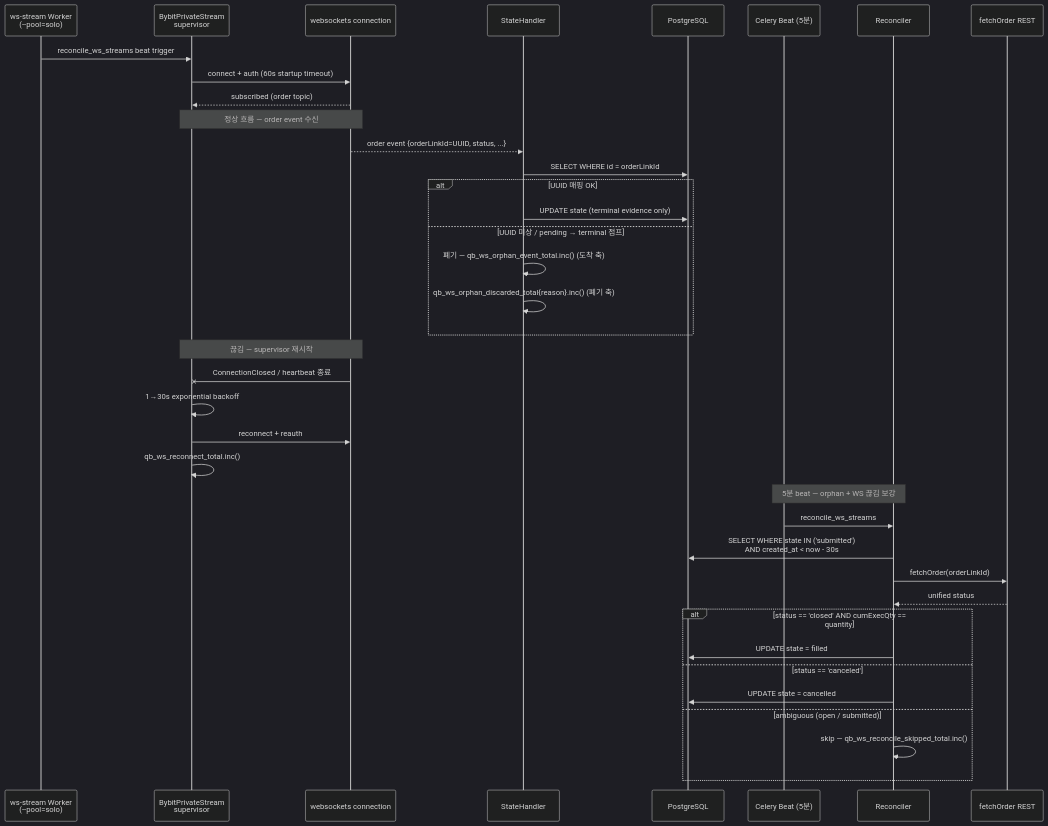
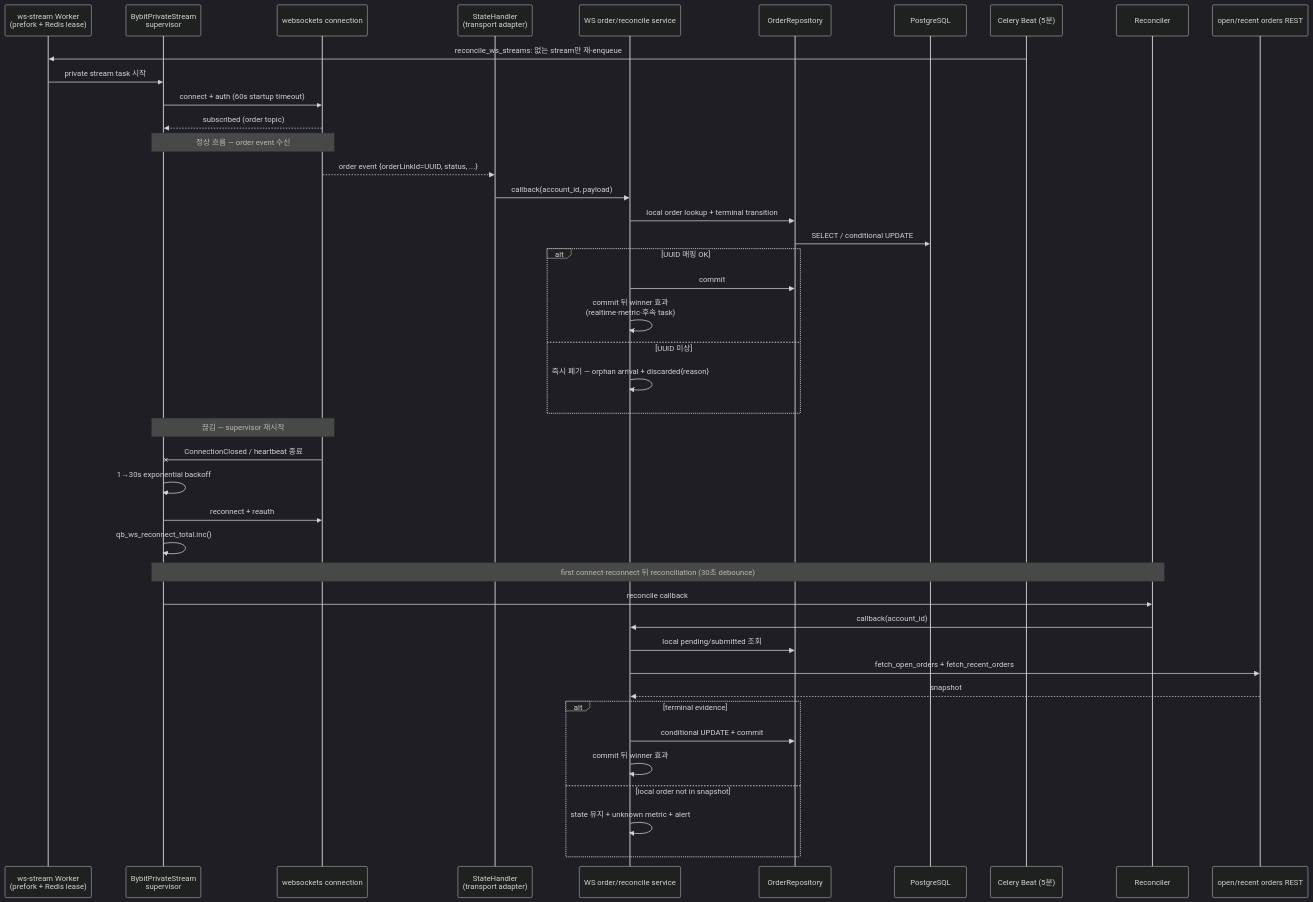
Before and after one commit to woosung-dev/quantbridge: the seventh of 8 diagrams in docs/architecture/data-flow.md, drawn with Mermaid (dark theme). The commit also changed other lines of this file and 167 other files, not shown here.

````diff
--- a/docs/architecture/data-flow.md
+++ b/docs/architecture/data-flow.md
@@ -279,44 +279,49 @@
 ```mermaid
 sequenceDiagram
-    participant W as ws-stream Worker<br/>(--pool=solo)
+    participant W as ws-stream Worker<br/>(prefork + Redis lease)
     participant Sup as BybitPrivateStream<br/>supervisor
     participant Stream as websockets connection
-    participant SH as StateHandler
+    participant SH as StateHandler<br/>(transport adapter)
+    participant SVC as WS order/reconcile service
+    participant Repo as OrderRepository
     participant DB as PostgreSQL
     participant Beat as Celery Beat (5분)
     participant Rec as Reconciler
-    participant CCXT as fetchOrder REST
+    participant CCXT as open/recent orders REST
 
-    W->>Sup: reconcile_ws_streams beat trigger
+    Beat->>W: reconcile_ws_streams: 없는 stream만 재-enqueue
+    W->>Sup: private stream task 시작
     Sup->>Stream: connect + auth (60s startup timeout)
     Stream-->>Sup: subscribed (order topic)
 
     Note over Sup,Stream: 정상 흐름 — order event 수신
     Stream-->>SH: order event {orderLinkId=UUID, status, ...}
-    SH->>DB: SELECT WHERE id = orderLinkId
+    SH->>SVC: callback(account_id, payload)
+    SVC->>Repo: local order lookup + terminal transition
+    Repo->>DB: SELECT / conditional UPDATE
     alt UUID 매핑 OK
-        SH->>DB: UPDATE state (terminal evidence only)
-    else UUID 미상 / pending → terminal 점프
-        SH->>SH: 폐기 — qb_ws_orphan_event_total.inc() (도착 축)
-        SH->>SH: qb_ws_orphan_discarded_total{reason}.inc() (폐기 축)
+        SVC->>Repo: commit
+        SVC->>SVC: commit 뒤 winner 효과<br/>(realtime·metric·후속 task)
+    else UUID 미상
+        SVC->>SVC: 즉시 폐기 — orphan arrival + discarded{reason}
     end
 
     Note over Sup,Stream: 끊김 — supervisor 재시작
     Stream-xSup: ConnectionClosed / heartbeat 종료
     Sup->>Sup: 1→30s exponential backoff
     Sup->>Stream: reconnect + reauth
     Sup->>Sup: qb_ws_reconnect_total.inc()
 
-    Note over Beat,Rec: 5분 beat — orphan + WS 끊김 보강
-    Beat->>Rec: reconcile_ws_streams
-    Rec->>DB: SELECT WHERE state IN ('submitted')<br/>AND created_at < now - 30s
-    Rec->>CCXT: fetchOrder(orderLinkId)
-    CCXT-->>Rec: unified status
-    alt status == 'closed' AND cumExecQty == quantity
-        Rec->>DB: UPDATE state = filled
-    else status == 'canceled'
-        Rec->>DB: UPDATE state = cancelled
-    else ambiguous (open / submitted)
-        Rec->>Rec: skip — qb_ws_reconcile_skipped_total.inc()
+    Note over Sup,Rec: first connect·reconnect 뒤 reconciliation (30초 debounce)
+    Sup->>Rec: reconcile callback
+    Rec->>SVC: callback(account_id)
+    SVC->>Repo: local pending/submitted 조회
+    SVC->>CCXT: fetch_open_orders + fetch_recent_orders
+    CCXT-->>SVC: snapshot
+    alt terminal evidence
+        SVC->>Repo: conditional UPDATE + commit
+        SVC->>SVC: commit 뒤 winner 효과
+    else local order not in snapshot
+        SVC->>SVC: state 유지 + unknown metric + alert
     end
 ```
````
